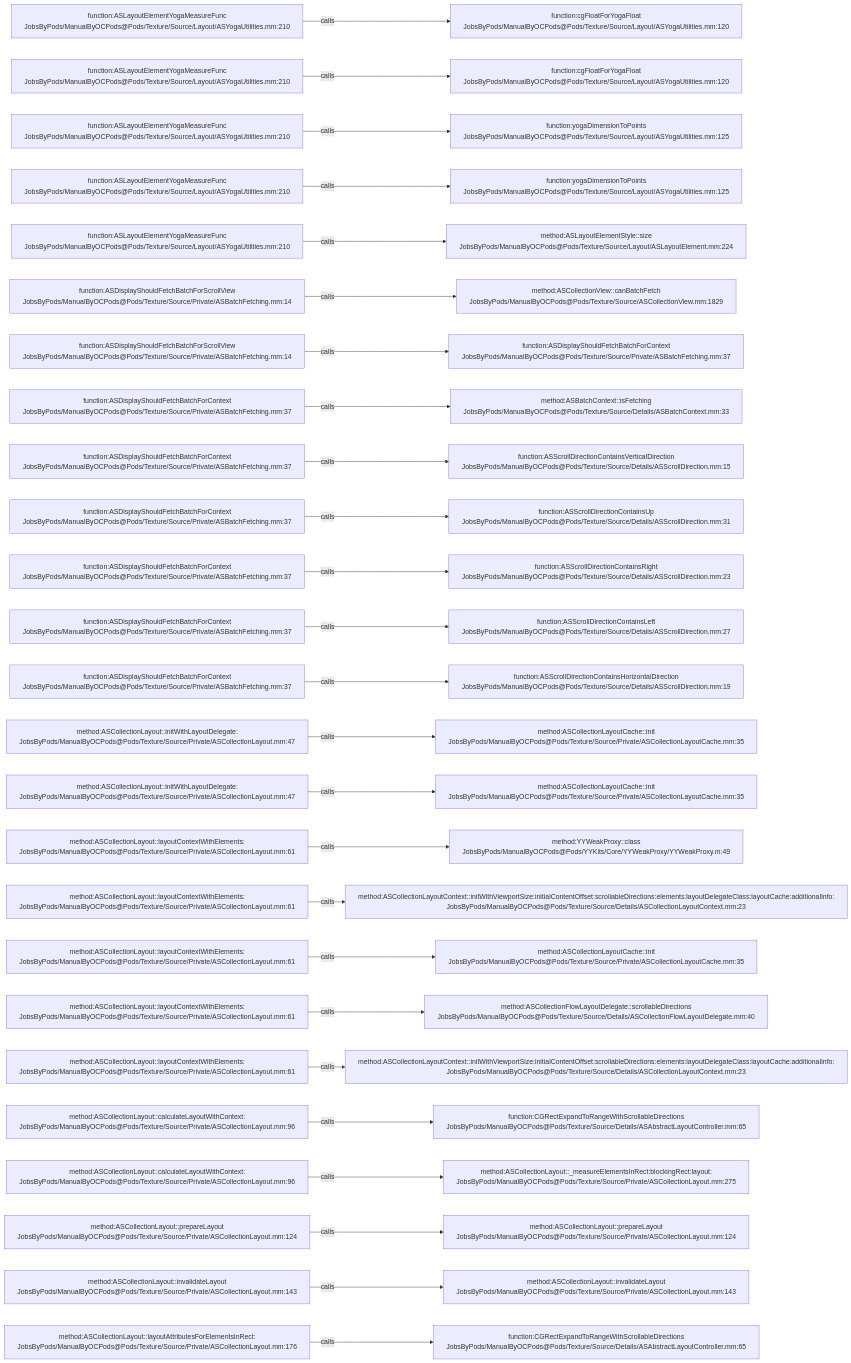
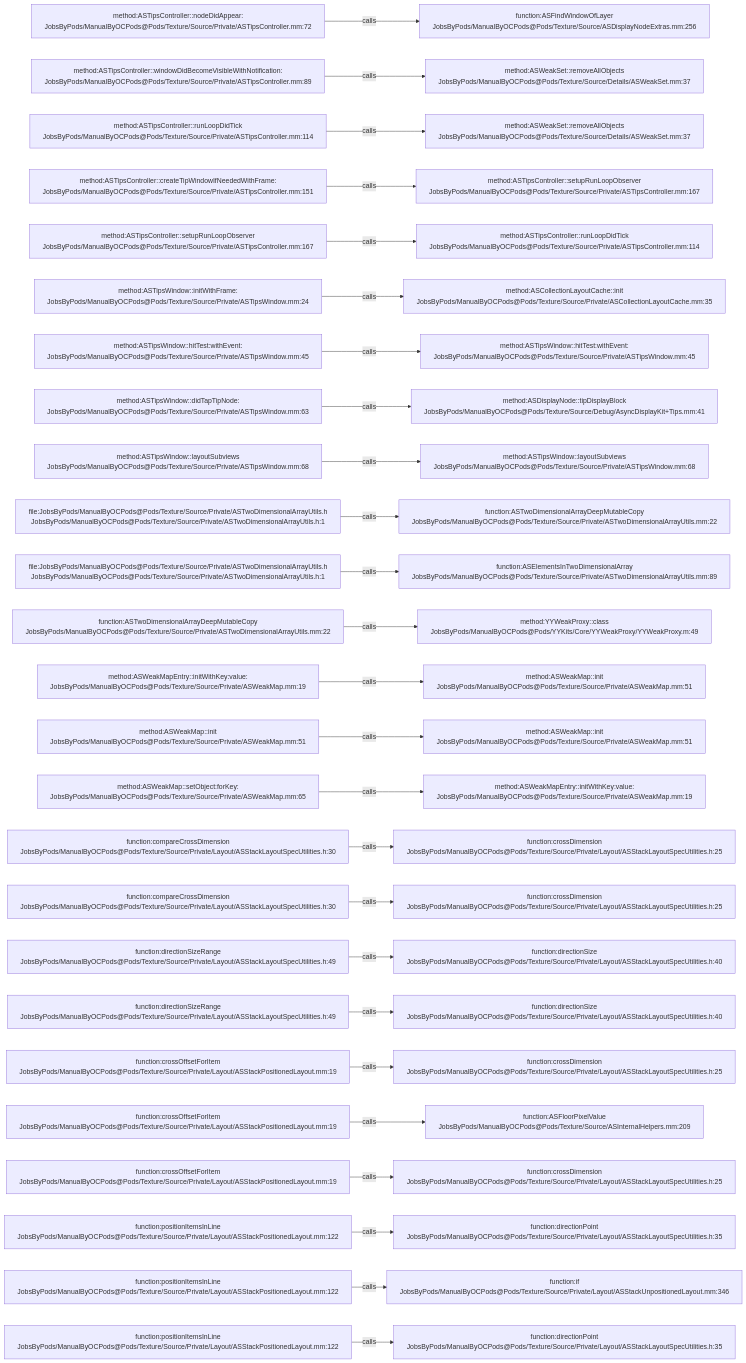
One commit to JobsKits/JobsOCBaseConfigDemo changed the diagram in .codegraph/codegraph.md/graphs/calls-176.md. Above: the diagram before and after it, drawn with Mermaid. The commit also changed 2723 other files, not shown here.

````diff
--- a/.codegraph/codegraph.md/graphs/calls-176.md
+++ b/.codegraph/codegraph.md/graphs/calls-176.md
@@ -13,78 +13,78 @@
 ```mermaid
 flowchart LR
-  S1["function:ASLayoutElementYogaMeasureFunc<br/>JobsByPods/ManualByOCPods@Pods/Texture/Source/Layout/ASYogaUtilities.mm:210"]
-  T1["function:cgFloatForYogaFloat<br/>JobsByPods/ManualByOCPods@Pods/Texture/Source/Layout/ASYogaUtilities.mm:120"]
+  S1["method:ASTipsController::nodeDidAppear:<br/>JobsByPods/ManualByOCPods@Pods/Texture/Source/Private/ASTipsController.mm:72"]
+  T1["function:ASFindWindowOfLayer<br/>JobsByPods/ManualByOCPods@Pods/Texture/Source/ASDisplayNodeExtras.mm:256"]
   S1 -->|calls| T1
-  S2["function:ASLayoutElementYogaMeasureFunc<br/>JobsByPods/ManualByOCPods@Pods/Texture/Source/Layout/ASYogaUtilities.mm:210"]
-  T2["function:cgFloatForYogaFloat<br/>JobsByPods/ManualByOCPods@Pods/Texture/Source/Layout/ASYogaUtilities.mm:120"]
+  S2["method:ASTipsController::windowDidBecomeVisibleWithNotification:<br/>JobsByPods/ManualByOCPods@Pods/Texture/Source/Private/ASTipsController.mm:89"]
+  T2["method:ASWeakSet::removeAllObjects<br/>JobsByPods/ManualByOCPods@Pods/Texture/Source/Details/ASWeakSet.mm:37"]
   S2 -->|calls| T2
-  S3["function:ASLayoutElementYogaMeasureFunc<br/>JobsByPods/ManualByOCPods@Pods/Texture/Source/Layout/ASYogaUtilities.mm:210"]
-  T3["function:yogaDimensionToPoints<br/>JobsByPods/ManualByOCPods@Pods/Texture/Source/Layout/ASYogaUtilities.mm:125"]
+  S3["method:ASTipsController::runLoopDidTick<br/>JobsByPods/ManualByOCPods@Pods/Texture/Source/Private/ASTipsController.mm:114"]
+  T3["method:ASWeakSet::removeAllObjects<br/>JobsByPods/ManualByOCPods@Pods/Texture/Source/Details/ASWeakSet.mm:37"]
   S3 -->|calls| T3
-  S4["function:ASLayoutElementYogaMeasureFunc<br/>JobsByPods/ManualByOCPods@Pods/Texture/Source/Layout/ASYogaUtilities.mm:210"]
-  T4["function:yogaDimensionToPoints<br/>JobsByPods/ManualByOCPods@Pods/Texture/Source/Layout/ASYogaUtilities.mm:125"]
+  S4["method:ASTipsController::createTipWindowIfNeededWithFrame:<br/>JobsByPods/ManualByOCPods@Pods/Texture/Source/Private/ASTipsController.mm:151"]
+  T4["method:ASTipsController::setupRunLoopObserver<br/>JobsByPods/ManualByOCPods@Pods/Texture/Source/Private/ASTipsController.mm:167"]
   S4 -->|calls| T4
-  S5["function:ASLayoutElementYogaMeasureFunc<br/>JobsByPods/ManualByOCPods@Pods/Texture/Source/Layout/ASYogaUtilities.mm:210"]
-  T5["method:ASLayoutElementStyle::size<br/>JobsByPods/ManualByOCPods@Pods/Texture/Source/Layout/ASLayoutElement.mm:224"]
+  S5["method:ASTipsController::setupRunLoopObserver<br/>JobsByPods/ManualByOCPods@Pods/Texture/Source/Private/ASTipsController.mm:167"]
+  T5["method:ASTipsController::runLoopDidTick<br/>JobsByPods/ManualByOCPods@Pods/Texture/Source/Private/ASTipsController.mm:114"]
   S5 -->|calls| T5
-  S6["function:ASDisplayShouldFetchBatchForScrollView<br/>JobsByPods/ManualByOCPods@Pods/Texture/Source/Private/ASBatchFetching.mm:14"]
-  T6["method:ASCollectionView::canBatchFetch<br/>JobsByPods/ManualByOCPods@Pods/Texture/Source/ASCollectionView.mm:1829"]
+  S6["method:ASTipsWindow::initWithFrame:<br/>JobsByPods/ManualByOCPods@Pods/Texture/Source/Private/ASTipsWindow.mm:24"]
+  T6["method:ASCollectionLayoutCache::init<br/>JobsByPods/ManualByOCPods@Pods/Texture/Source/Private/ASCollectionLayoutCache.mm:35"]
   S6 -->|calls| T6
-  S7["function:ASDisplayShouldFetchBatchForScrollView<br/>JobsByPods/ManualByOCPods@Pods/Texture/Source/Private/ASBatchFetching.mm:14"]
-  T7["function:ASDisplayShouldFetchBatchForContext<br/>JobsByPods/ManualByOCPods@Pods/Texture/Source/Private/ASBatchFetching.mm:37"]
+  S7["method:ASTipsWindow::hitTest:withEvent:<br/>JobsByPods/ManualByOCPods@Pods/Texture/Source/Private/ASTipsWindow.mm:45"]
+  T7["method:ASTipsWindow::hitTest:withEvent:<br/>JobsByPods/ManualByOCPods@Pods/Texture/Source/Private/ASTipsWindow.mm:45"]
   S7 -->|calls| T7
-  S8["function:ASDisplayShouldFetchBatchForContext<br/>JobsByPods/ManualByOCPods@Pods/Texture/Source/Private/ASBatchFetching.mm:37"]
-  T8["method:ASBatchContext::isFetching<br/>JobsByPods/ManualByOCPods@Pods/Texture/Source/Details/ASBatchContext.mm:33"]
+  S8["method:ASTipsWindow::didTapTipNode:<br/>JobsByPods/ManualByOCPods@Pods/Texture/Source/Private/ASTipsWindow.mm:63"]
+  T8["method:ASDisplayNode::tipDisplayBlock<br/>JobsByPods/ManualByOCPods@Pods/Texture/Source/Debug/AsyncDisplayKit+Tips.mm:41"]
   S8 -->|calls| T8
-  S9["function:ASDisplayShouldFetchBatchForContext<br/>JobsByPods/ManualByOCPods@Pods/Texture/Source/Private/ASBatchFetching.mm:37"]
-  T9["function:ASScrollDirectionContainsVerticalDirection<br/>JobsByPods/ManualByOCPods@Pods/Texture/Source/Details/ASScrollDirection.mm:15"]
+  S9["method:ASTipsWindow::layoutSubviews<br/>JobsByPods/ManualByOCPods@Pods/Texture/Source/Private/ASTipsWindow.mm:68"]
+  T9["method:ASTipsWindow::layoutSubviews<br/>JobsByPods/ManualByOCPods@Pods/Texture/Source/Private/ASTipsWindow.mm:68"]
   S9 -->|calls| T9
-  S10["function:ASDisplayShouldFetchBatchForContext<br/>JobsByPods/ManualByOCPods@Pods/Texture/Source/Private/ASBatchFetching.mm:37"]
-  T10["function:ASScrollDirectionContainsUp<br/>JobsByPods/ManualByOCPods@Pods/Texture/Source/Details/ASScrollDirection.mm:31"]
+  S10["file:JobsByPods/ManualByOCPods@Pods/Texture/Source/Private/ASTwoDimensionalArrayUtils.h<br/>JobsByPods/ManualByOCPods@Pods/Texture/Source/Private/ASTwoDimensionalArrayUtils.h:1"]
+  T10["function:ASTwoDimensionalArrayDeepMutableCopy<br/>JobsByPods/ManualByOCPods@Pods/Texture/Source/Private/ASTwoDimensionalArrayUtils.mm:22"]
   S10 -->|calls| T10
-  S11["function:ASDisplayShouldFetchBatchForContext<br/>JobsByPods/ManualByOCPods@Pods/Texture/Source/Private/ASBatchFetching.mm:37"]
-  T11["function:ASScrollDirectionContainsRight<br/>JobsByPods/ManualByOCPods@Pods/Texture/Source/Details/ASScrollDirection.mm:23"]
+  S11["file:JobsByPods/ManualByOCPods@Pods/Texture/Source/Private/ASTwoDimensionalArrayUtils.h<br/>JobsByPods/ManualByOCPods@Pods/Texture/Source/Private/ASTwoDimensionalArrayUtils.h:1"]
+  T11["function:ASElementsInTwoDimensionalArray<br/>JobsByPods/ManualByOCPods@Pods/Texture/Source/Private/ASTwoDimensionalArrayUtils.mm:89"]
   S11 -->|calls| T11
-  S12["function:ASDisplayShouldFetchBatchForContext<br/>JobsByPods/ManualByOCPods@Pods/Texture/Source/Private/ASBatchFetching.mm:37"]
-  T12["function:ASScrollDirectionContainsLeft<br/>JobsByPods/ManualByOCPods@Pods/Texture/Source/Details/ASScrollDirection.mm:27"]
+  S12["function:ASTwoDimensionalArrayDeepMutableCopy<br/>JobsByPods/ManualByOCPods@Pods/Texture/Source/Private/ASTwoDimensionalArrayUtils.mm:22"]
+  T12["method:YYWeakProxy::class<br/>JobsByPods/ManualByOCPods@Pods/YYKits/Core/YYWeakProxy/YYWeakProxy.m:49"]
   S12 -->|calls| T12
-  S13["function:ASDisplayShouldFetchBatchForContext<br/>JobsByPods/ManualByOCPods@Pods/Texture/Source/Private/ASBatchFetching.mm:37"]
-  T13["function:ASScrollDirectionContainsHorizontalDirection<br/>JobsByPods/ManualByOCPods@Pods/Texture/Source/Details/ASScrollDirection.mm:19"]
+  S13["method:ASWeakMapEntry::initWithKey:value:<br/>JobsByPods/ManualByOCPods@Pods/Texture/Source/Private/ASWeakMap.mm:19"]
+  T13["method:ASWeakMap::init<br/>JobsByPods/ManualByOCPods@Pods/Texture/Source/Private/ASWeakMap.mm:51"]
   S13 -->|calls| T13
-  S14["method:ASCollectionLayout::initWithLayoutDelegate:<br/>JobsByPods/ManualByOCPods@Pods/Texture/Source/Private/ASCollectionLayout.mm:47"]
-  T14["method:ASCollectionLayoutCache::init<br/>JobsByPods/ManualByOCPods@Pods/Texture/Source/Private/ASCollectionLayoutCache.mm:35"]
+  S14["method:ASWeakMap::init<br/>JobsByPods/ManualByOCPods@Pods/Texture/Source/Private/ASWeakMap.mm:51"]
+  T14["method:ASWeakMap::init<br/>JobsByPods/ManualByOCPods@Pods/Texture/Source/Private/ASWeakMap.mm:51"]
   S14 -->|calls| T14
-  S15["method:ASCollectionLayout::initWithLayoutDelegate:<br/>JobsByPods/ManualByOCPods@Pods/Texture/Source/Private/ASCollectionLayout.mm:47"]
-  T15["method:ASCollectionLayoutCache::init<br/>JobsByPods/ManualByOCPods@Pods/Texture/Source/Private/ASCollectionLayoutCache.mm:35"]
+  S15["method:ASWeakMap::setObject:forKey:<br/>JobsByPods/ManualByOCPods@Pods/Texture/Source/Private/ASWeakMap.mm:65"]
+  T15["method:ASWeakMapEntry::initWithKey:value:<br/>JobsByPods/ManualByOCPods@Pods/Texture/Source/Private/ASWeakMap.mm:19"]
   S15 -->|calls| T15
-  S16["method:ASCollectionLayout::layoutContextWithElements:<br/>JobsByPods/ManualByOCPods@Pods/Texture/Source/Private/ASCollectionLayout.mm:61"]
-  T16["method:YYWeakProxy::class<br/>JobsByPods/ManualByOCPods@Pods/YYKits/Core/YYWeakProxy/YYWeakProxy.m:49"]
+  S16["function:compareCrossDimension<br/>JobsByPods/ManualByOCPods@Pods/Texture/Source/Private/Layout/ASStackLayoutSpecUtilities.h:30"]
+  T16["function:crossDimension<br/>JobsByPods/ManualByOCPods@Pods/Texture/Source/Private/Layout/ASStackLayoutSpecUtilities.h:25"]
   S16 -->|calls| T16
-  S17["method:ASCollectionLayout::layoutContextWithElements:<br/>JobsByPods/ManualByOCPods@Pods/Texture/Source/Private/ASCollectionLayout.mm:61"]
-  T17["method:ASCollectionLayoutContext::initWithViewportSize:initialContentOffset:scrollableDirections:elements:layoutDelegateClass:layoutCache:additionalInfo:<br/>JobsByPods/ManualByOCPods@Pods/Texture/Source/Details/ASCollectionLayoutContext.mm:23"]
+  S17["function:compareCrossDimension<br/>JobsByPods/ManualByOCPods@Pods/Texture/Source/Private/Layout/ASStackLayoutSpecUtilities.h:30"]
+  T17["function:crossDimension<br/>JobsByPods/ManualByOCPods@Pods/Texture/Source/Private/Layout/ASStackLayoutSpecUtilities.h:25"]
   S17 -->|calls| T17
-  S18["method:ASCollectionLayout::layoutContextWithElements:<br/>JobsByPods/ManualByOCPods@Pods/Texture/Source/Private/ASCollectionLayout.mm:61"]
-  T18["method:ASCollectionLayoutCache::init<br/>JobsByPods/ManualByOCPods@Pods/Texture/Source/Private/ASCollectionLayoutCache.mm:35"]
+  S18["function:directionSizeRange<br/>JobsByPods/ManualByOCPods@Pods/Texture/Source/Private/Layout/ASStackLayoutSpecUtilities.h:49"]
+  T18["function:directionSize<br/>JobsByPods/ManualByOCPods@Pods/Texture/Source/Private/Layout/ASStackLayoutSpecUtilities.h:40"]
   S18 -->|calls| T18
-  S19["method:ASCollectionLayout::layoutContextWithElements:<br/>JobsByPods/ManualByOCPods@Pods/Texture/Source/Private/ASCollectionLayout.mm:61"]
-  T19["method:ASCollectionFlowLayoutDelegate::scrollableDirections<br/>JobsByPods/ManualByOCPods@Pods/Texture/Source/Details/ASCollectionFlowLayoutDelegate.mm:40"]
+  S19["function:directionSizeRange<br/>JobsByPods/ManualByOCPods@Pods/Texture/Source/Private/Layout/ASStackLayoutSpecUtilities.h:49"]
+  T19["function:directionSize<br/>JobsByPods/ManualByOCPods@Pods/Texture/Source/Private/Layout/ASStackLayoutSpecUtilities.h:40"]
   S19 -->|calls| T19
-  S20["method:ASCollectionLayout::layoutContextWithElements:<br/>JobsByPods/ManualByOCPods@Pods/Texture/Source/Private/ASCollectionLayout.mm:61"]
-  T20["method:ASCollectionLayoutContext::initWithViewportSize:initialContentOffset:scrollableDirections:elements:layoutDelegateClass:layoutCache:additionalInfo:<br/>JobsByPods/ManualByOCPods@Pods/Texture/Source/Details/ASCollectionLayoutContext.mm:23"]
+  S20["function:crossOffsetForItem<br/>JobsByPods/ManualByOCPods@Pods/Texture/Source/Private/Layout/ASStackPositionedLayout.mm:19"]
+  T20["function:crossDimension<br/>JobsByPods/ManualByOCPods@Pods/Texture/Source/Private/Layout/ASStackLayoutSpecUtilities.h:25"]
   S20 -->|calls| T20
-  S21["method:ASCollectionLayout::calculateLayoutWithContext:<br/>JobsByPods/ManualByOCPods@Pods/Texture/Source/Private/ASCollectionLayout.mm:96"]
-  T21["function:CGRectExpandToRangeWithScrollableDirections<br/>JobsByPods/ManualByOCPods@Pods/Texture/Source/Details/ASAbstractLayoutController.mm:65"]
+  S21["function:crossOffsetForItem<br/>JobsByPods/ManualByOCPods@Pods/Texture/Source/Private/Layout/ASStackPositionedLayout.mm:19"]
+  T21["function:ASFloorPixelValue<br/>JobsByPods/ManualByOCPods@Pods/Texture/Source/ASInternalHelpers.mm:209"]
   S21 -->|calls| T21
-  S22["method:ASCollectionLayout::calculateLayoutWithContext:<br/>JobsByPods/ManualByOCPods@Pods/Texture/Source/Private/ASCollectionLayout.mm:96"]
-  T22["method:ASCollectionLayout::_measureElementsInRect:blockingRect:layout:<br/>JobsByPods/ManualByOCPods@Pods/Texture/Source/Private/ASCollectionLayout.mm:275"]
+  S22["function:crossOffsetForItem<br/>JobsByPods/ManualByOCPods@Pods/Texture/Source/Private/Layout/ASStackPositionedLayout.mm:19"]
+  T22["function:crossDimension<br/>JobsByPods/ManualByOCPods@Pods/Texture/Source/Private/Layout/ASStackLayoutSpecUtilities.h:25"]
   S22 -->|calls| T22
-  S23["method:ASCollectionLayout::prepareLayout<br/>JobsByPods/ManualByOCPods@Pods/Texture/Source/Private/ASCollectionLayout.mm:124"]
-  T23["method:ASCollectionLayout::prepareLayout<br/>JobsByPods/ManualByOCPods@Pods/Texture/Source/Private/ASCollectionLayout.mm:124"]
+  S23["function:positionItemsInLine<br/>JobsByPods/ManualByOCPods@Pods/Texture/Source/Private/Layout/ASStackPositionedLayout.mm:122"]
+  T23["function:directionPoint<br/>JobsByPods/ManualByOCPods@Pods/Texture/Source/Private/Layout/ASStackLayoutSpecUtilities.h:35"]
   S23 -->|calls| T23
-  S24["method:ASCollectionLayout::invalidateLayout<br/>JobsByPods/ManualByOCPods@Pods/Texture/Source/Private/ASCollectionLayout.mm:143"]
-  T24["method:ASCollectionLayout::invalidateLayout<br/>JobsByPods/ManualByOCPods@Pods/Texture/Source/Private/ASCollectionLayout.mm:143"]
+  S24["function:positionItemsInLine<br/>JobsByPods/ManualByOCPods@Pods/Texture/Source/Private/Layout/ASStackPositionedLayout.mm:122"]
+  T24["function:if<br/>JobsByPods/ManualByOCPods@Pods/Texture/Source/Private/Layout/ASStackUnpositionedLayout.mm:346"]
   S24 -->|calls| T24
-  S25["method:ASCollectionLayout::layoutAttributesForElementsInRect:<br/>JobsByPods/ManualByOCPods@Pods/Texture/Source/Private/ASCollectionLayout.mm:176"]
-  T25["function:CGRectExpandToRangeWithScrollableDirections<br/>JobsByPods/ManualByOCPods@Pods/Texture/Source/Details/ASAbstractLayoutController.mm:65"]
+  S25["function:positionItemsInLine<br/>JobsByPods/ManualByOCPods@Pods/Texture/Source/Private/Layout/ASStackPositionedLayout.mm:122"]
+  T25["function:directionPoint<br/>JobsByPods/ManualByOCPods@Pods/Texture/Source/Private/Layout/ASStackLayoutSpecUtilities.h:35"]
   S25 -->|calls| T25
 ```
````
